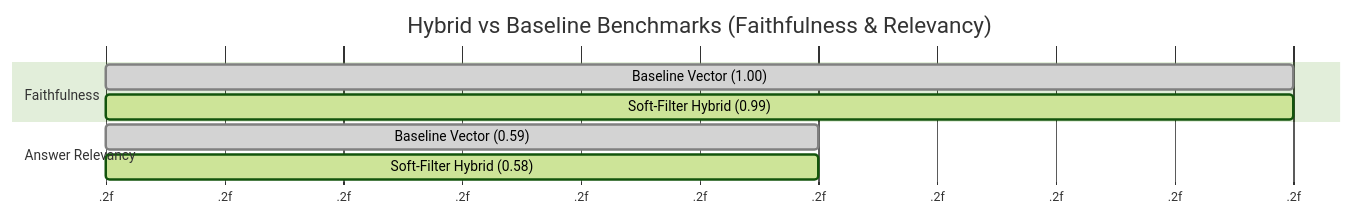
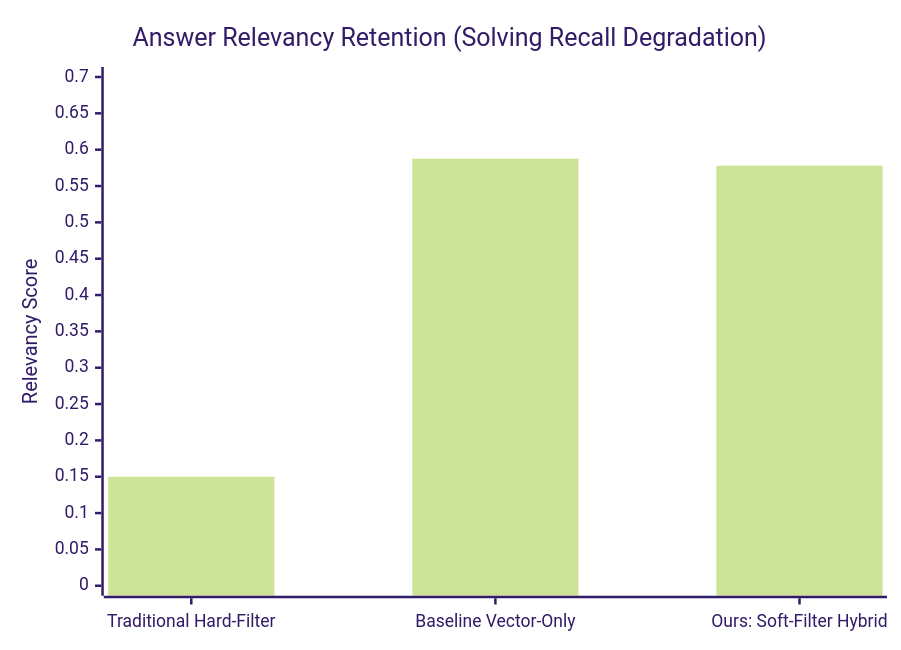
Before and after one commit to dvydinh/domain-specific-multimodal-RAG-system: the second of 2 diagrams in README.md, drawn with Mermaid (forest theme). The commit also changed other lines of this file, not shown here.

````diff
--- a/README.md
+++ b/README.md
@@ -113,14 +116,7 @@
 ```mermaid
-gantt
-    title Hybrid vs Baseline Benchmarks (Faithfulness & Relevancy)
-    dateFormat  YYYY-MM-DD
-    axisFormat  %.2f
-    
-    section Faithfulness
-    Baseline Vector (1.00) :done, 2026-01-01, 10d
-    Soft-Filter Hybrid (0.99) :active, 2026-01-01, 9.92d
-    
-    section Answer Relevancy
-    Baseline Vector (0.59) :done, 2026-01-01, 5.88d
-    Soft-Filter Hybrid (0.58):active, 2026-01-01, 5.78d
+xychart-beta
+    title "Answer Relevancy Retention (Solving Recall Degradation)"
+    x-axis ["Traditional Hard-Filter", "Baseline Vector-Only", "Ours: Soft-Filter Hybrid"]
+    y-axis "Relevancy Score" 0.0 --> 0.7
+    bar [0.15, 0.5877, 0.5780]
 ```
````
